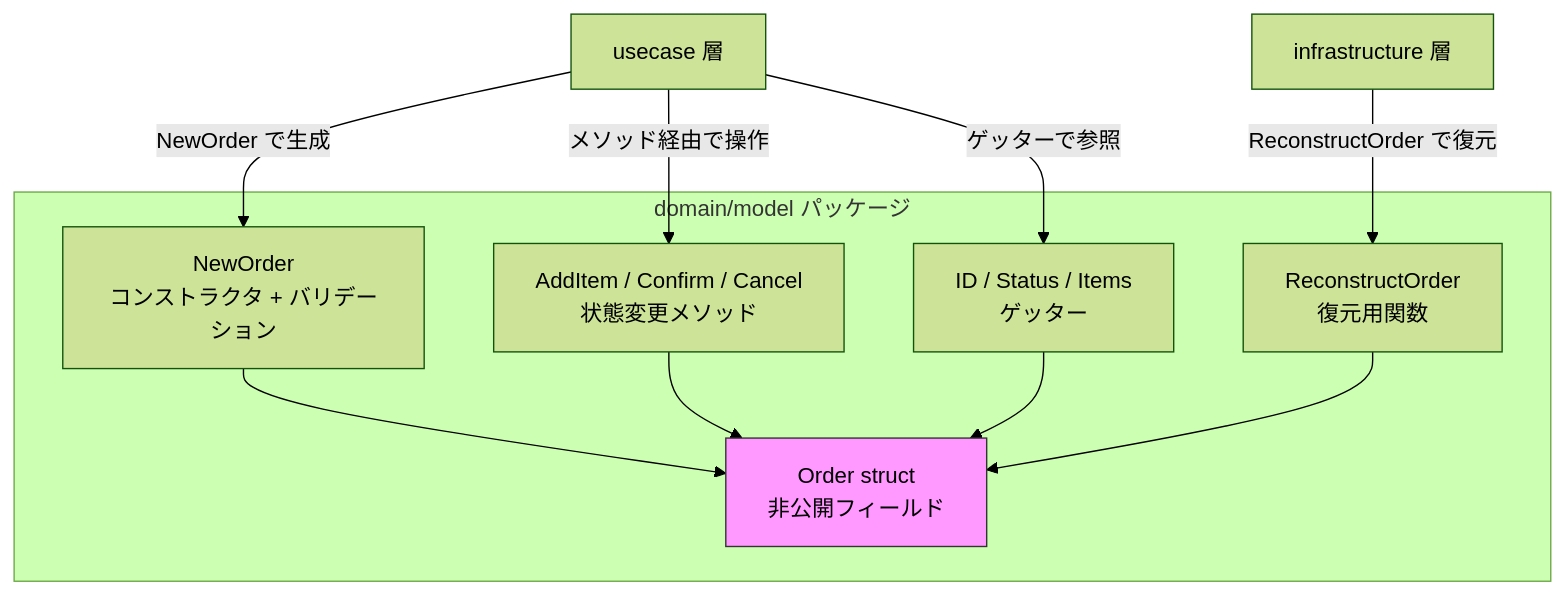
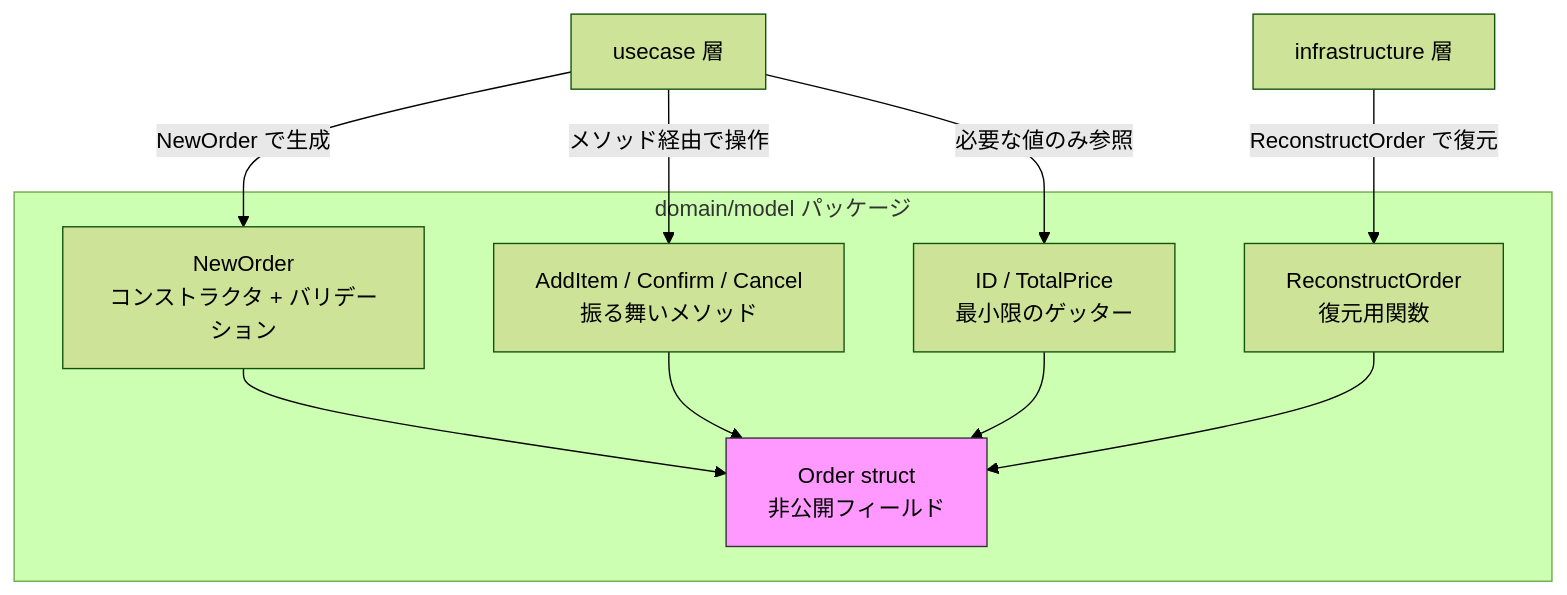
One commit to 135yshr/documents changed the second of 2 diagrams in articles/4afd548d07480a.md. Above: the diagram before and after it, drawn with Mermaid (forest theme). The commit also changed other lines of this file, not shown here.

````diff
--- a/articles/4afd548d07480a.md
+++ b/articles/4afd548d07480a.md
@@ -389,22 +415,22 @@
 ```mermaid
 graph TD
     subgraph "domain/model パッケージ"
         A[NewOrder<br/>コンストラクタ + バリデーション]
         B[Order struct<br/>非公開フィールド]
-        C[AddItem / Confirm / Cancel<br/>状態変更メソッド]
-        D[ID / Status / Items<br/>ゲッター]
+        C[AddItem / Confirm / Cancel<br/>振る舞いメソッド]
+        D[ID / TotalPrice<br/>最小限のゲッター]
         E[ReconstructOrder<br/>復元用関数]
     end
 
     F[usecase 層] -->|NewOrder で生成| A
     F -->|メソッド経由で操作| C
-    F -->|ゲッターで参照| D
+    F -->|必要な値のみ参照| D
     G[infrastructure 層] -->|ReconstructOrder で復元| E
 
     A --> B
     C --> B
     D --> B
     E --> B
 
     style B fill:#f9f,stroke:#333
 ```
````
